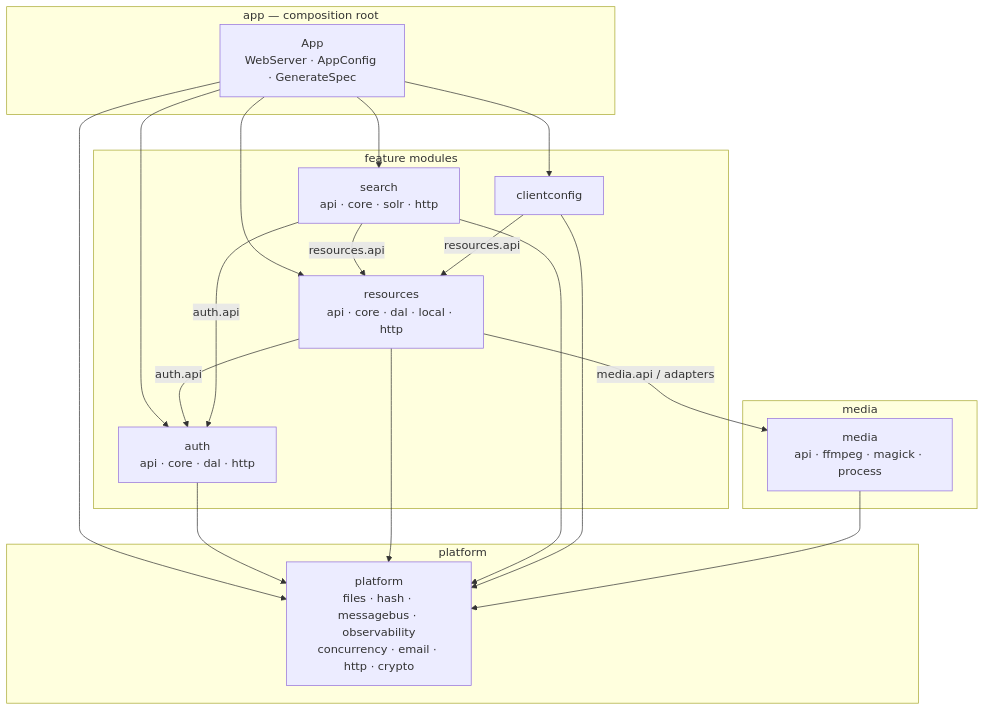
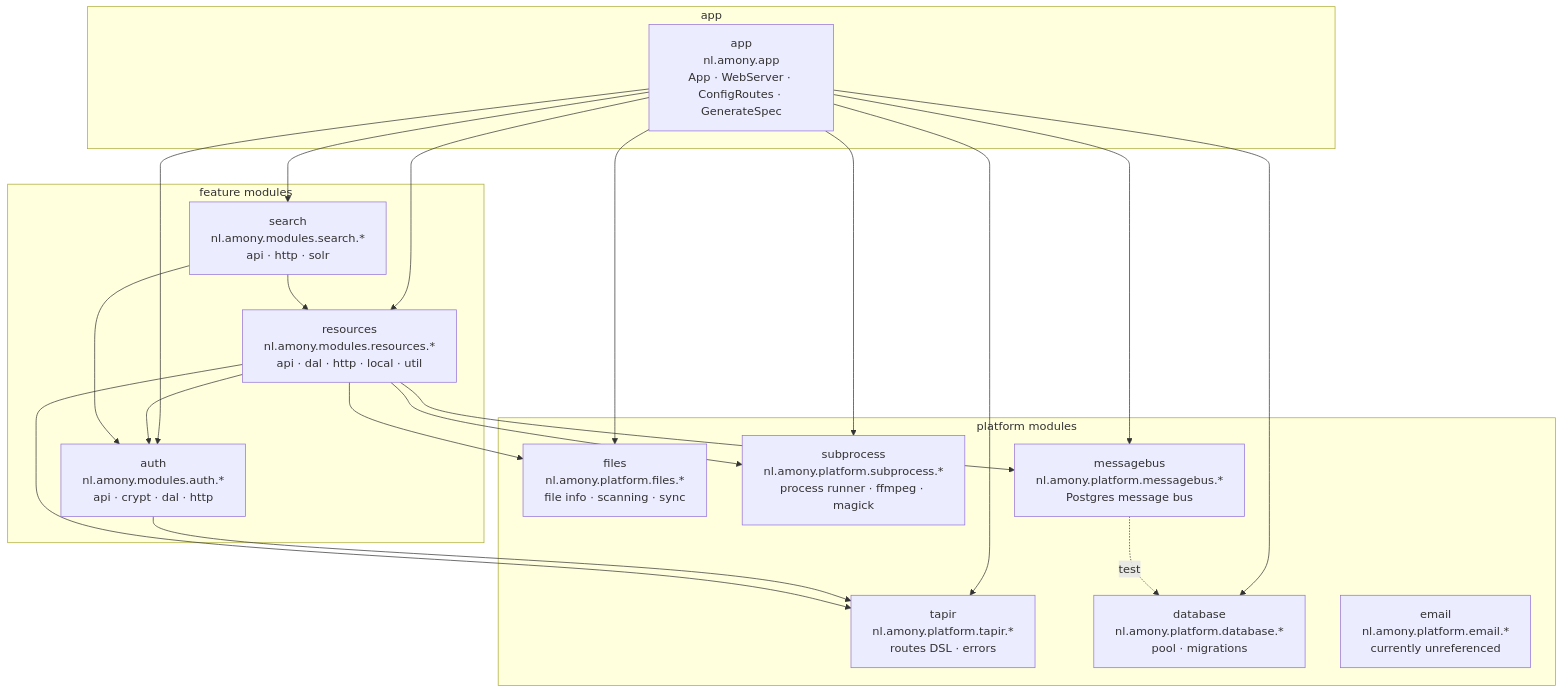
Before and after one commit to merlijn/amony: the diagram in docs/modules/module-boundaries.md, drawn with Mermaid. The commit also changed other lines of this file, not shown here.

Commit message:
docs(modules): update backend module graph

````diff
--- a/docs/modules/module-boundaries.md
+++ b/docs/modules/module-boundaries.md
@@ -283,42 +6,43 @@
 ```mermaid
 flowchart TB
-  subgraph app_group["app — composition root"]
-    app_node["App<br/>WebServer · AppConfig · GenerateSpec"]
+  subgraph app_group["app"]
+    app["app<br/>nl.amony.app<br/>App · WebServer · ConfigRoutes · GenerateSpec"]
   end
 
   subgraph feature_group["feature modules"]
-    auth["auth<br/>api · core · dal · http"]
-    resources["resources<br/>api · core · dal · local · http"]
-    search["search<br/>api · core · solr · http"]
-    clientconfig["clientconfig"]
+    auth["auth<br/>nl.amony.modules.auth.*<br/>api · crypt · dal · http"]
+    resources["resources<br/>nl.amony.modules.resources.*<br/>api · dal · http · local · util"]
+    search["search<br/>nl.amony.modules.search.*<br/>api · http · solr"]
   end
 
-  subgraph media_group["media"]
-    media_node["media<br/>api · ffmpeg · magick · process"]
+  subgraph platform_group["platform modules"]
+    tapir["tapir<br/>nl.amony.platform.tapir.*<br/>routes DSL · errors"]
+    files["files<br/>nl.amony.platform.files.*<br/>file info · scanning · sync"]
+    subprocess["subprocess<br/>nl.amony.platform.subprocess.*<br/>process runner · ffmpeg · magick"]
+    database["database<br/>nl.amony.platform.database.*<br/>pool · migrations"]
+    messagebus["messagebus<br/>nl.amony.platform.messagebus.*<br/>Postgres message bus"]
+    email["email<br/>nl.amony.platform.email.*<br/>currently unreferenced"]
   end
 
-  subgraph platform_group["platform"]
-    platform_node["platform<br/>files · hash · messagebus · observability<br/>concurrency · email · http · crypto"]
-  end
+  app --> auth
+  app --> resources
+  app --> search
+  app --> tapir
+  app --> files
+  app --> subprocess
+  app --> database
+  app --> messagebus
 
-  app_node --> auth
-  app_node --> resources
-  app_node --> search
-  app_node --> clientconfig
-  app_node --> platform_node
+  auth --> tapir
 
-  auth --> platform_node
+  resources --> auth
+  resources --> tapir
+  resources --> files
+  resources --> subprocess
+  resources --> messagebus
 
-  resources -->|auth.api| auth
-  resources -->|media.api / adapters| media_node
-  resources --> platform_node
+  search --> auth
+  search --> resources
 
-  search -->|auth.api| auth
-  search -->|resources.api| resources
-  search --> platform_node
-
-  clientconfig -->|resources.api| resources
-  clientconfig --> platform_node
-
-  media_node --> platform_node
+  messagebus -.->|test| database
 ```
````
